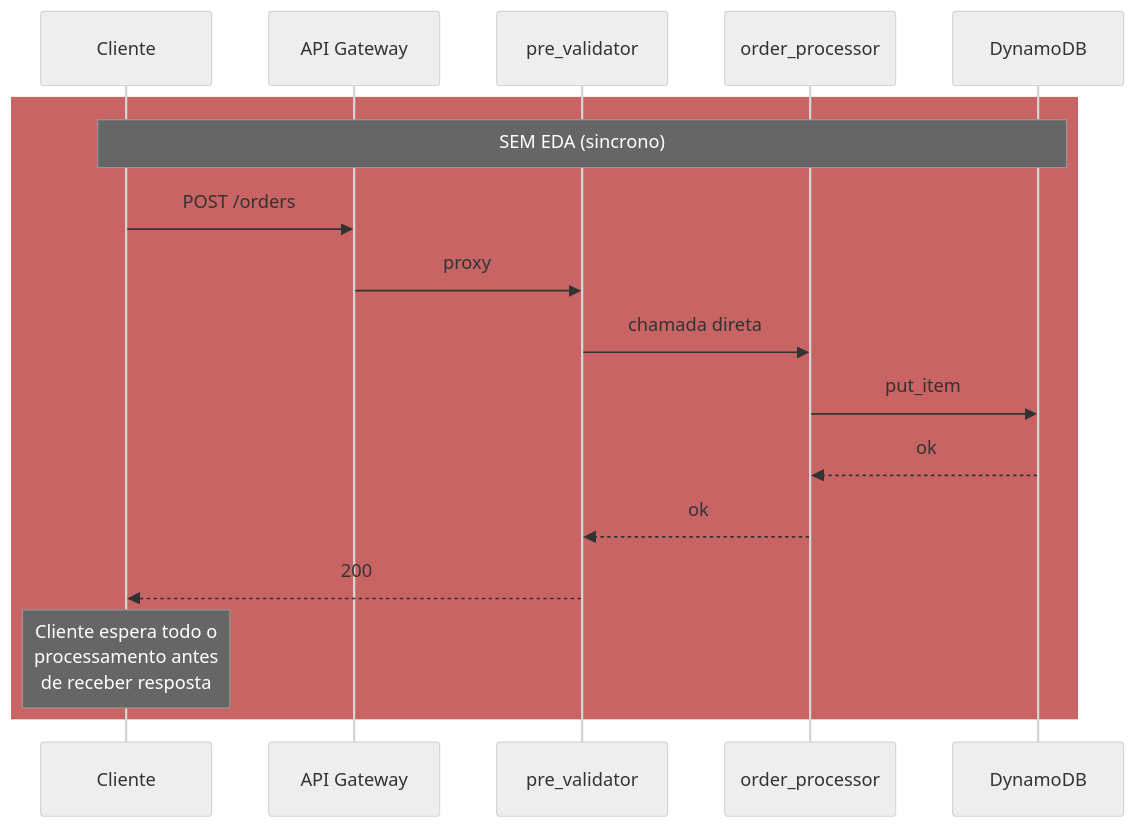
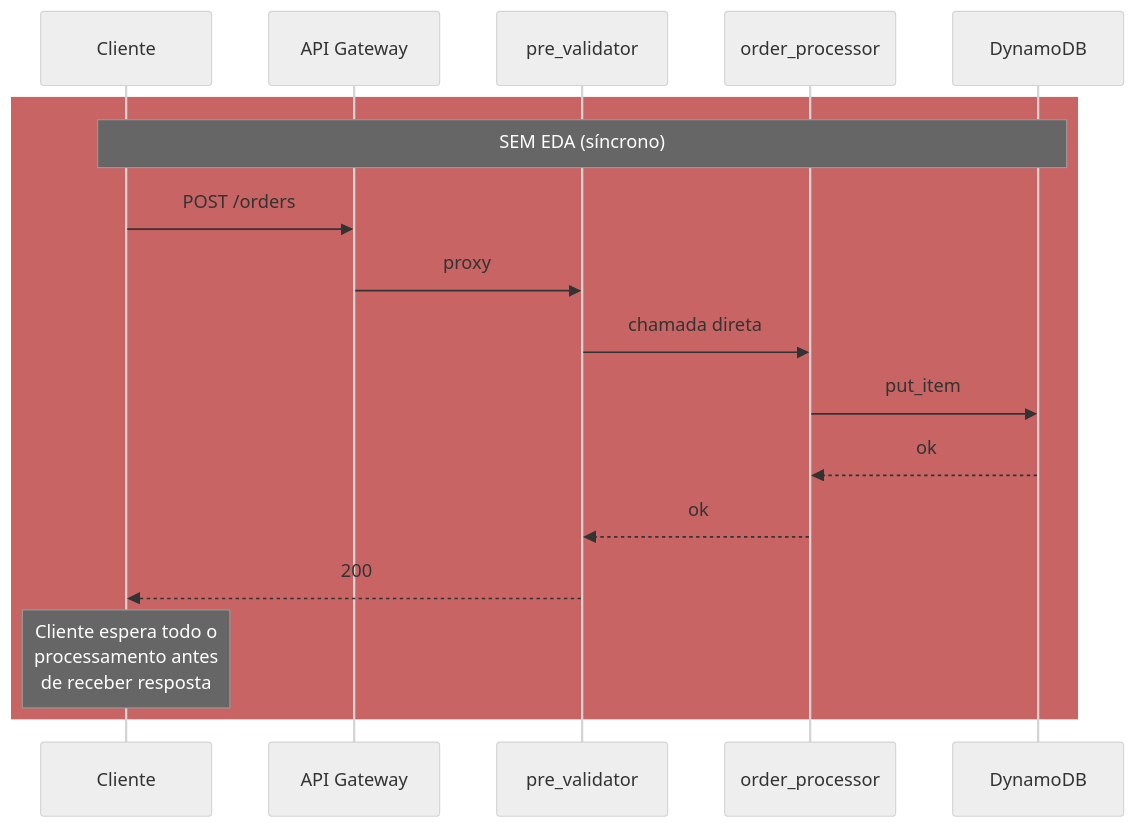
The first of 8 diagrams in ARCHITECTURE.md (DessimA/aws-serverless-order-management), drawn with Mermaid (neutral theme) before and after one commit. The commit also changed other lines of this file and 17 other files, not shown here.

Commit message:
docs: portfolio-oriented README, ARCHITECTURE.md, and PT-BR accent fixes

````diff
--- a/ARCHITECTURE.md
+++ b/ARCHITECTURE.md
@@ -24,20 +24,20 @@
 ```mermaid
 sequenceDiagram
     participant C as Cliente
     participant GW as API Gateway
     participant PRE as pre_validator
     participant PROC as order_processor
     participant DDB as DynamoDB
 
     rect rgb(200, 100, 100)
-    Note over C,DDB: SEM EDA (sincrono)
+    Note over C,DDB: SEM EDA (síncrono)
     C->>GW: POST /orders
     GW->>PRE: proxy
     PRE->>PROC: chamada direta
     PROC->>DDB: put_item
     DDB-->>PROC: ok
     PROC-->>PRE: ok
     PRE-->>C: 200
     Note over C: Cliente espera todo o<br/>processamento antes<br/>de receber resposta
     end
 ```
````
